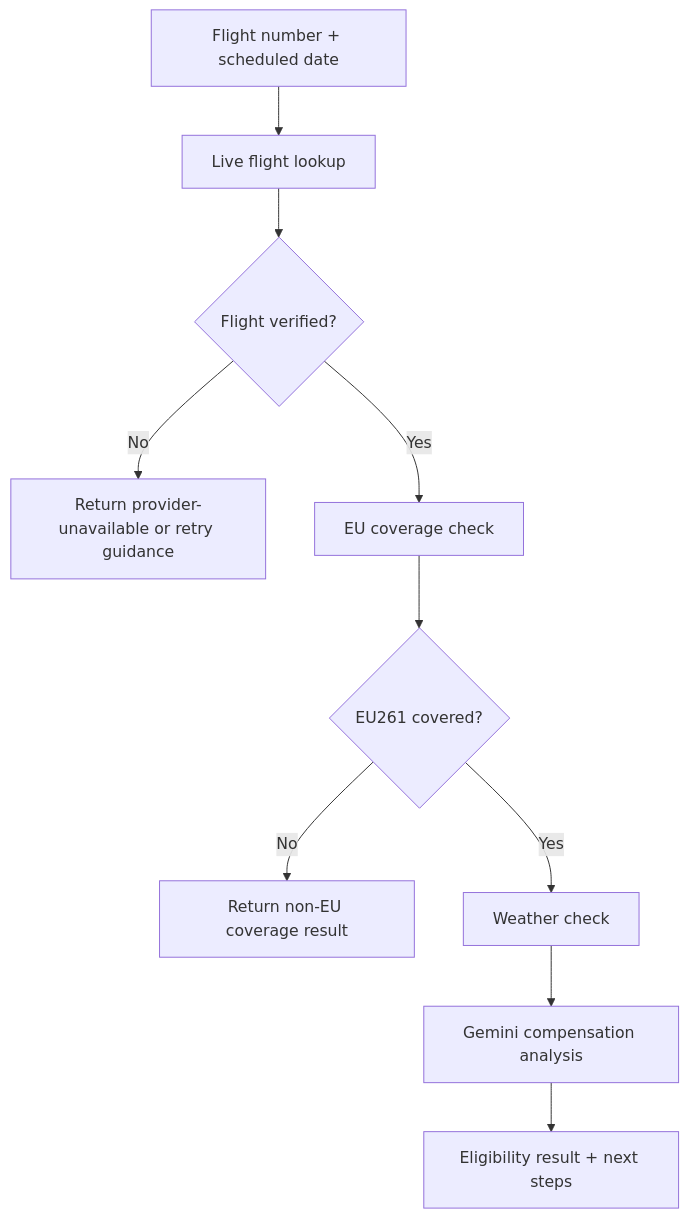
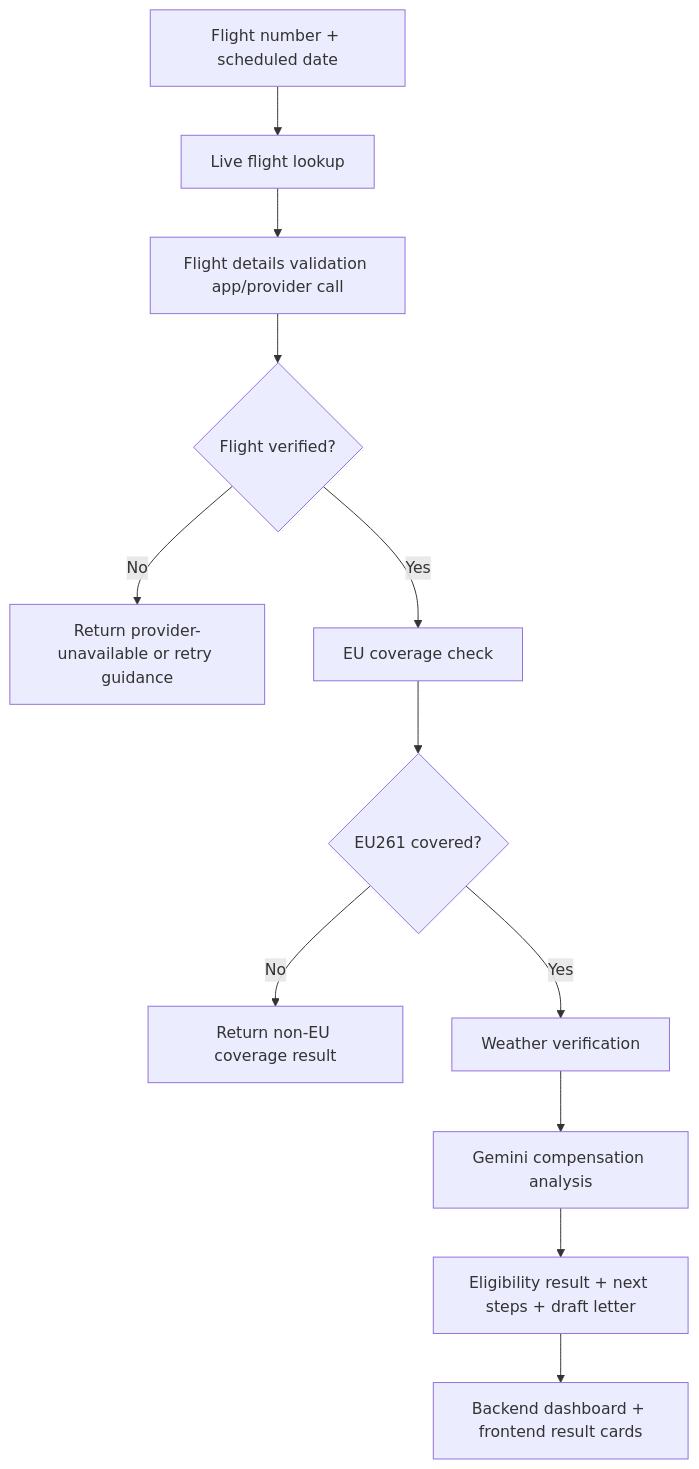
Before and after one commit to entertainingrover01/Flight_Agent_V2: the second of 4 diagrams in README.md, drawn with Mermaid. The commit also changed other lines of this file, not shown here.

````diff
--- a/README.md
+++ b/README.md
@@ -70,12 +77,14 @@
 ```mermaid
 flowchart TD
     A["Flight number + scheduled date"] --> B["Live flight lookup"]
-    B --> C{"Flight verified?"}
+    B --> B2["Flight details validation app/provider call"]
+    B2 --> C{"Flight verified?"}
     C -- No --> D["Return provider-unavailable or retry guidance"]
     C -- Yes --> E["EU coverage check"]
     E --> F{"EU261 covered?"}
     F -- No --> G["Return non-EU coverage result"]
-    F -- Yes --> H["Weather check"]
+    F -- Yes --> H["Weather verification"]
     H --> I["Gemini compensation analysis"]
-    I --> J["Eligibility result + next steps"]
+    I --> J["Eligibility result + next steps + draft letter"]
+    J --> K["Backend dashboard + frontend result cards"]
 ```
````
